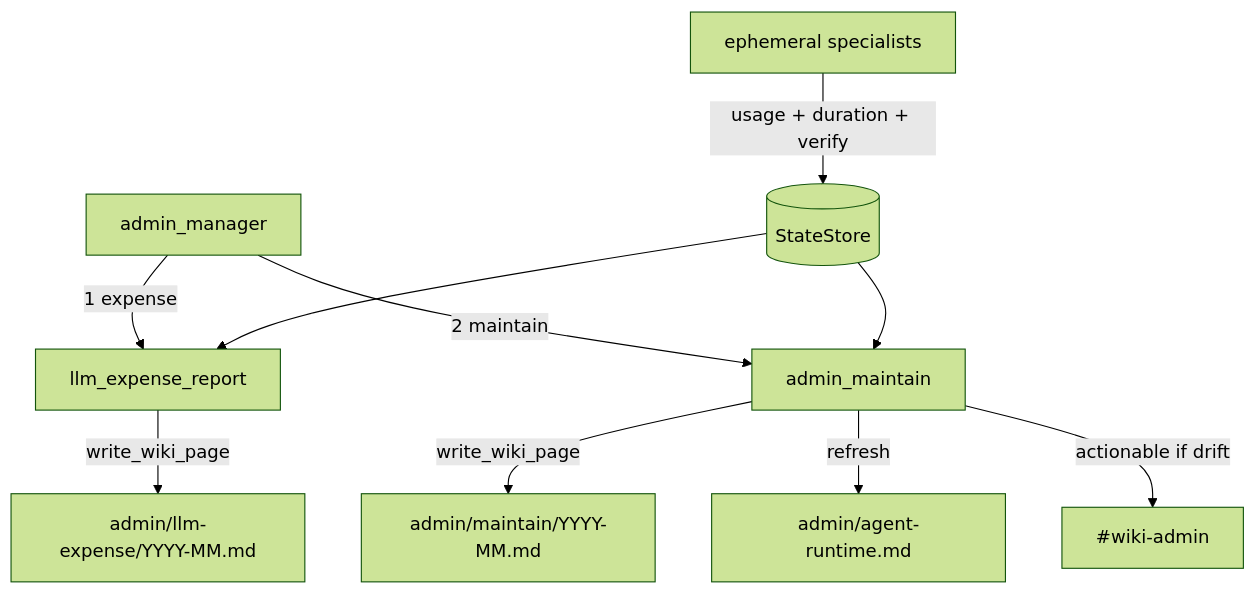
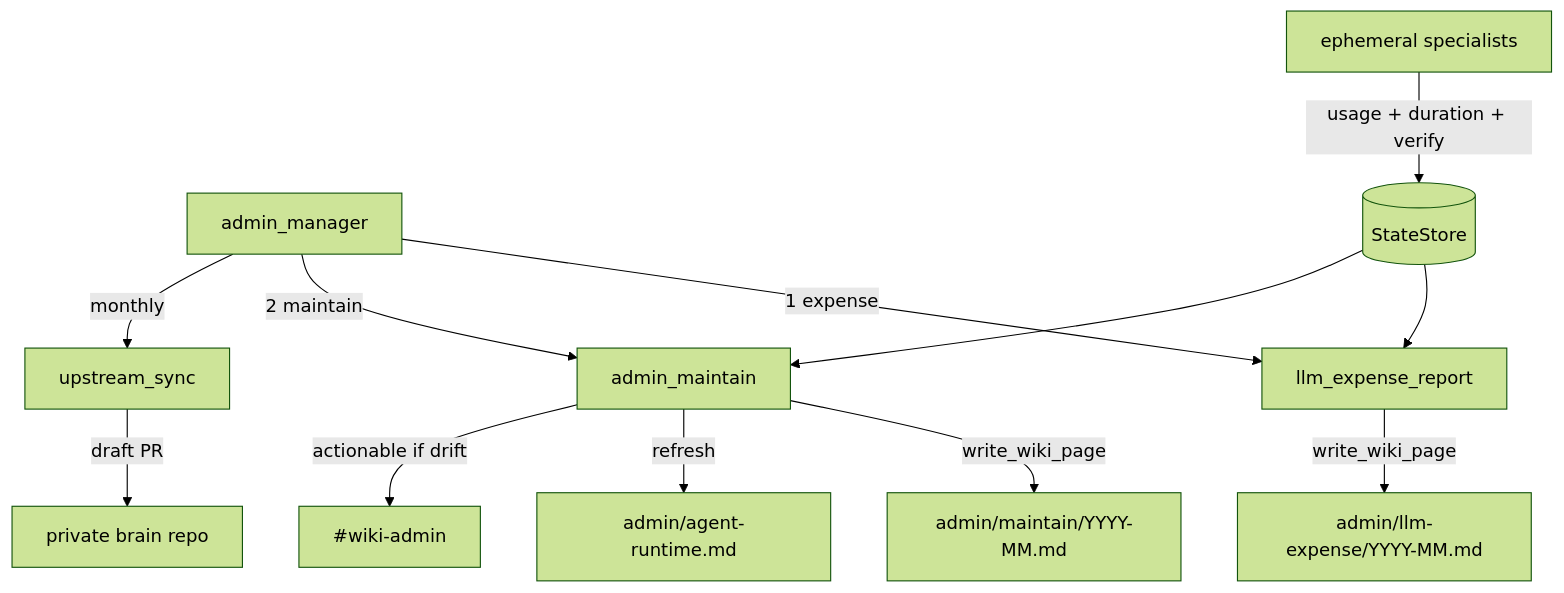
One commit to NickyHeC/4r7a changed the fourth of 5 diagrams in docs/agents/admin.md. Above: the diagram before and after it, drawn with Mermaid (forest theme). The commit also changed other lines of this file and 27 other files, not shown here.

First line of the commit message:
Add fleet pause/redeploy cue and monthly upstream sync.

````diff
--- a/docs/agents/admin.md
+++ b/docs/agents/admin.md
@@ -131,12 +136,14 @@
 ```mermaid
 flowchart TD
   AM[admin_manager] -->|1 expense| EXP[llm_expense_report]
   AM -->|2 maintain| MNT[admin_maintain]
+  AM -->|monthly| UP[upstream_sync]
   SPEC[ephemeral specialists] -->|usage + duration + verify| ST[(StateStore)]
   ST --> EXP
   ST --> MNT
   EXP -->|write_wiki_page| W1[admin/llm-expense/YYYY-MM.md]
   MNT -->|write_wiki_page| W2[admin/maintain/YYYY-MM.md]
   MNT -->|refresh| W3[admin/agent-runtime.md]
   MNT -->|actionable if drift| SL[#wiki-admin]
+  UP -->|draft PR| GH[private brain repo]
 ```
````
